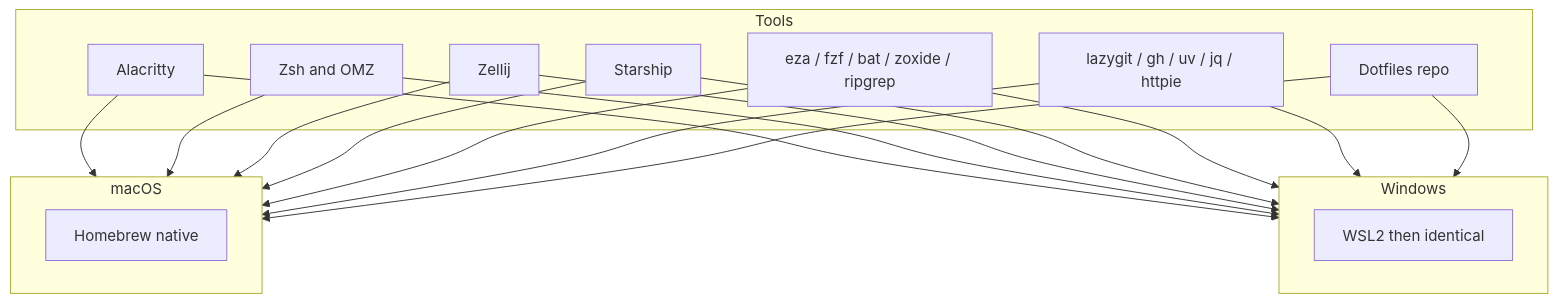
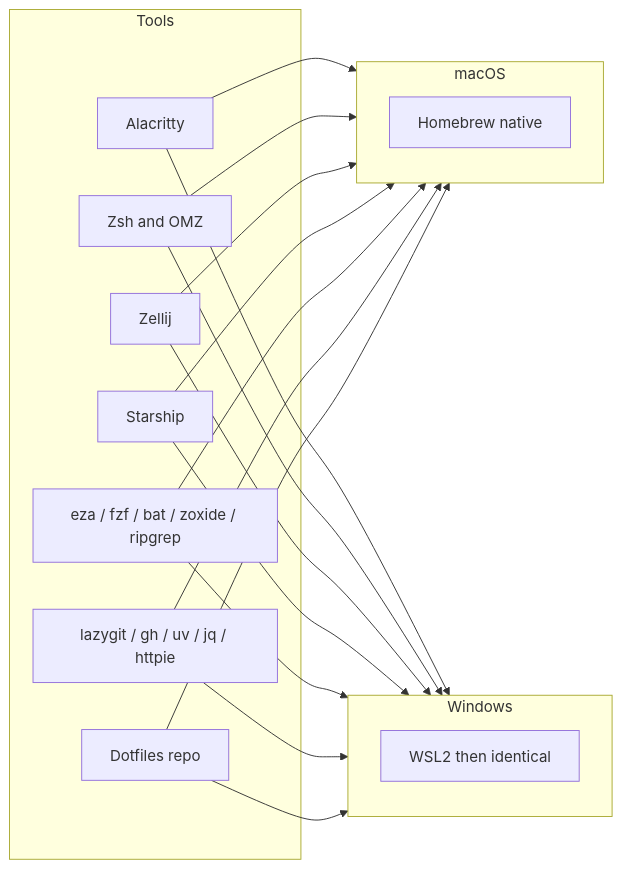
The third of 3 diagrams in README.md (deepusharma/dotfiles), drawn with Mermaid before and after one commit. The commit also changed other lines of this file and 4 other files, not shown here.

Commit message:
docs: Integrate new diagrams into README for stack, tailored tools, sync, and compatibility, moving mermaid sources to collapsible details.

````diff
--- a/README.md
+++ b/README.md
@@ -87,35 +114,35 @@
 ```mermaid
-graph TD
+graph LR
     subgraph ToolsGroup[Tools]
         T1[Alacritty]
         T2[Zsh and OMZ]
         T3[Zellij]
         T4[Starship]
         T5[eza / fzf / bat / zoxide / ripgrep]
         T6[lazygit / gh / uv / jq / httpie]
         T7[Dotfiles repo]
     end
 
     subgraph MacGroup[macOS]
         MA[Homebrew native]
     end
 
     subgraph WinGroup[Windows]
         WA[WSL2 then identical]
     end
 
     T1 --> MacGroup
     T1 --> WinGroup
     T2 --> MacGroup
     T2 --> WinGroup
     T3 --> MacGroup
     T3 --> WinGroup
     T4 --> MacGroup
     T4 --> WinGroup
     T5 --> MacGroup
     T5 --> WinGroup
     T6 --> MacGroup
     T6 --> WinGroup
     T7 --> MacGroup
     T7 --> WinGroup
 ```
````
